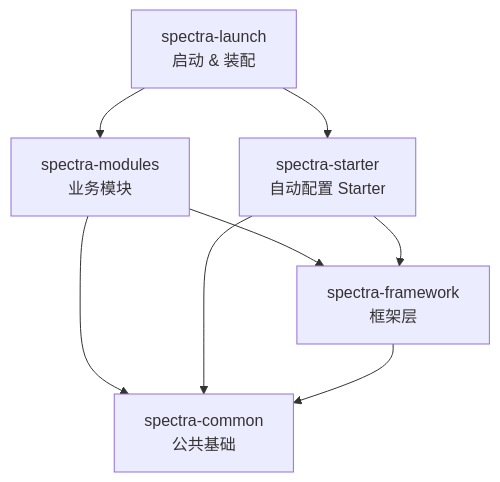
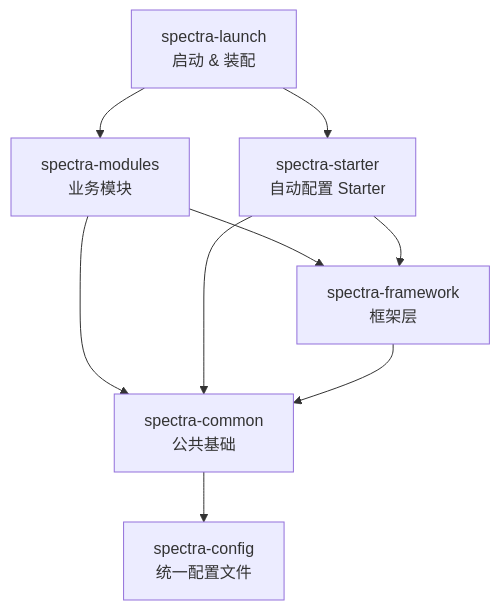
One commit to yangxj96/spectra-docs changed the diagram in docs/10-后端/10-架构分层.md. Above: the diagram before and after it, drawn with Mermaid. The commit also changed other lines of this file and 1 other file, not shown here.

````diff
--- a/docs/10-后端/10-架构分层.md
+++ b/docs/10-后端/10-架构分层.md
@@ -13,16 +13,18 @@
 ```mermaid
 graph TB
     LAUNCH["spectra-launch<br/>启动 & 装配"]
     STARTER["spectra-starter<br/>自动配置 Starter"]
     MODULES["spectra-modules<br/>业务模块"]
     FW["spectra-framework<br/>框架层"]
     COMMON["spectra-common<br/>公共基础"]
+    CONFIG["spectra-config<br/>统一配置文件"]
 
     LAUNCH --> MODULES
     LAUNCH --> STARTER
     MODULES --> FW
     MODULES --> COMMON
     STARTER --> FW
     STARTER --> COMMON
     FW --> COMMON
+    COMMON --> CONFIG
 ```
````
